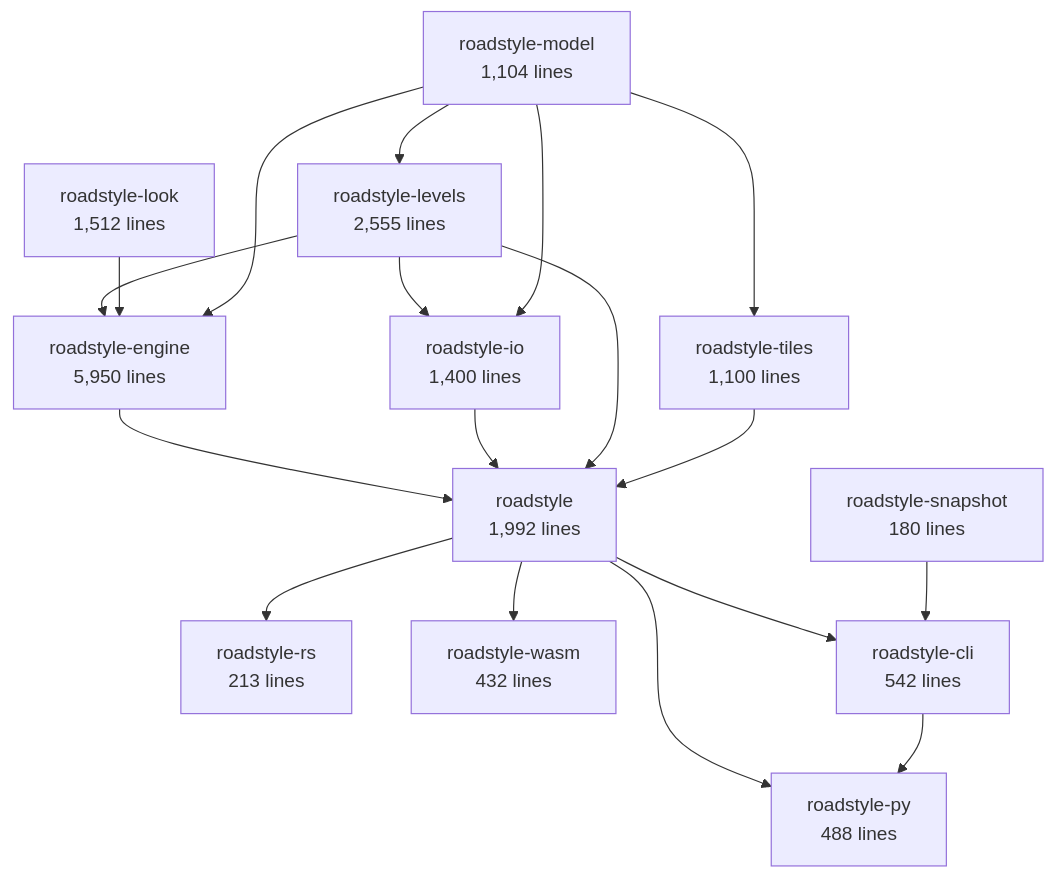
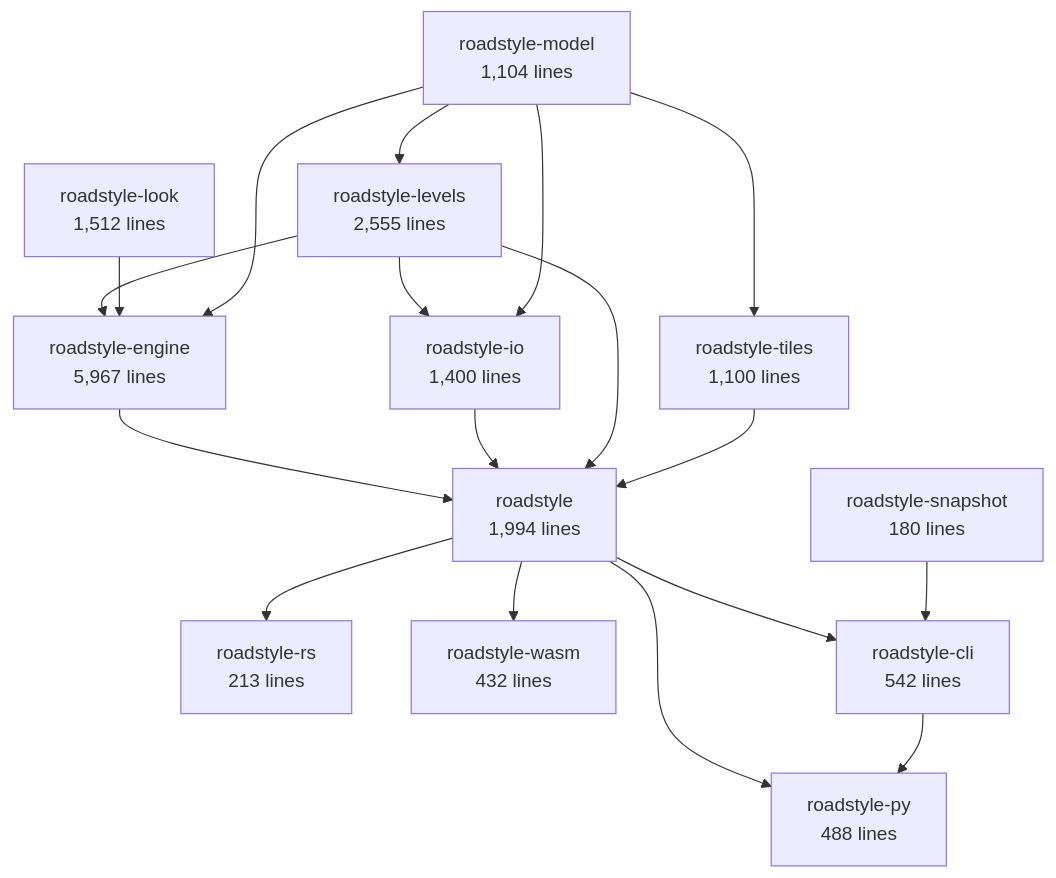
One commit to Khoshkhah/roadstyle changed the second of 6 diagrams in docs/rust/architecture.md. Above: the diagram before and after it, drawn with Mermaid. The commit also changed other lines of this file and 9 other files, not shown here.

````diff
--- a/docs/rust/architecture.md
+++ b/docs/rust/architecture.md
@@ -69,32 +69,32 @@
 ```mermaid
 flowchart TB
     roadstyle_model["roadstyle-model<br/>1,104 lines"]
     roadstyle_look["roadstyle-look<br/>1,512 lines"]
     roadstyle_io["roadstyle-io<br/>1,400 lines"]
     roadstyle_levels["roadstyle-levels<br/>2,555 lines"]
-    roadstyle_engine["roadstyle-engine<br/>5,950 lines"]
+    roadstyle_engine["roadstyle-engine<br/>5,967 lines"]
     roadstyle_tiles["roadstyle-tiles<br/>1,100 lines"]
-    roadstyle["roadstyle<br/>1,992 lines"]
+    roadstyle["roadstyle<br/>1,994 lines"]
     roadstyle_rs["roadstyle-rs<br/>213 lines"]
     roadstyle_wasm["roadstyle-wasm<br/>432 lines"]
     roadstyle_py["roadstyle-py<br/>488 lines"]
     roadstyle_cli["roadstyle-cli<br/>542 lines"]
     roadstyle_snapshot["roadstyle-snapshot<br/>180 lines"]
     roadstyle_levels --> roadstyle_io
     roadstyle_model --> roadstyle_io
     roadstyle_model --> roadstyle_levels
     roadstyle_levels --> roadstyle_engine
     roadstyle_look --> roadstyle_engine
     roadstyle_model --> roadstyle_engine
     roadstyle_model --> roadstyle_tiles
     roadstyle_engine --> roadstyle
     roadstyle_io --> roadstyle
     roadstyle_levels --> roadstyle
     roadstyle_tiles --> roadstyle
     roadstyle --> roadstyle_rs
     roadstyle --> roadstyle_wasm
     roadstyle --> roadstyle_py
     roadstyle_cli --> roadstyle_py
     roadstyle --> roadstyle_cli
     roadstyle_snapshot --> roadstyle_cli
 ```
````
